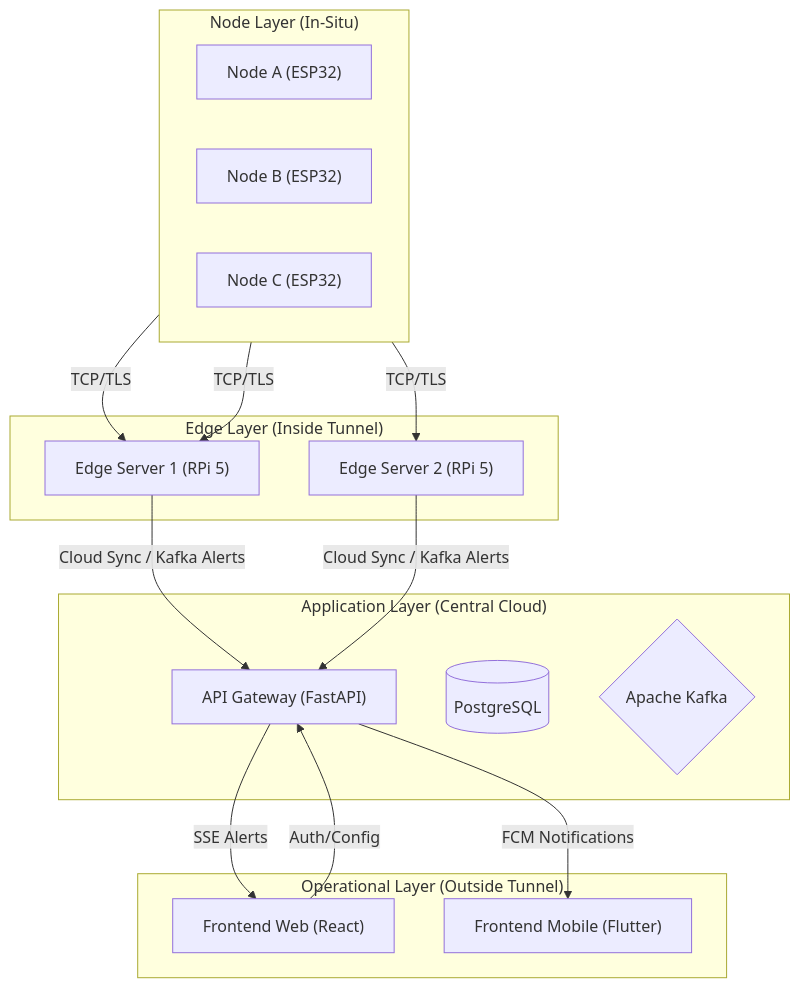
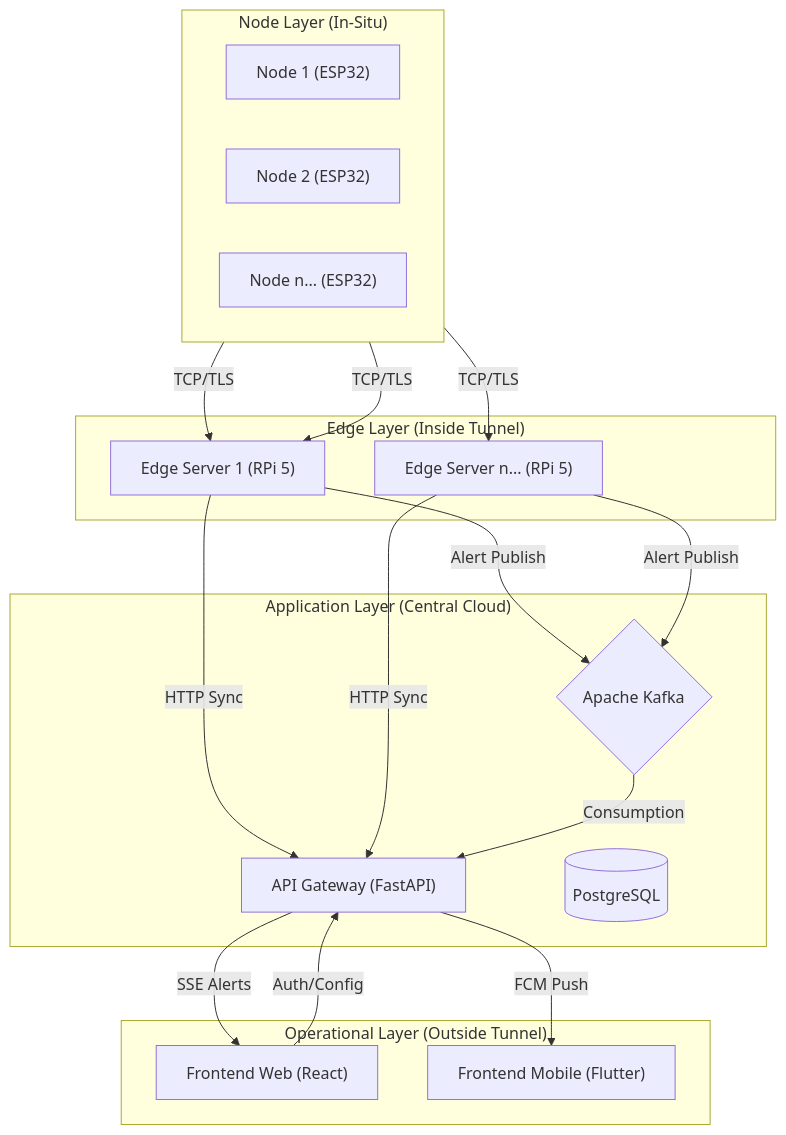
One commit to sam-harold/deepatmos-info changed the first of 5 diagrams in README.md. Above: the diagram before and after it, drawn with Mermaid. The commit also changed other lines of this file, not shown here.

````diff
--- a/README.md
+++ b/README.md
@@ -30,37 +30,42 @@
 ```mermaid
 graph TD
     subgraph "Operational Layer (Outside Tunnel)"
         Web["Frontend Web (React)"]
         Mobile["Frontend Mobile (Flutter)"]
     end
 
     subgraph "Application Layer (Central Cloud)"
         FastAPI["API Gateway (FastAPI)"]
         DB[(PostgreSQL)]
         Kafka{Apache Kafka}
     end
 
     subgraph "Edge Layer (Inside Tunnel)"
         RPi1["Edge Server 1 (RPi 5)"]
-        RPi2["Edge Server 2 (RPi 5)"]
+        RPi2["Edge Server n... (RPi 5)"]
     end
 
     subgraph "Node Layer (In-Situ)"
         direction LR
-        ESP1["Node A (ESP32)"]
-        ESP2["Node B (ESP32)"]
-        ESP3["Node C (ESP32)"]
+        ESP1["Node 1 (ESP32)"]
+        ESP2["Node 2 (ESP32)"]
+        ESP3["Node n... (ESP32)"]
     end
 
     %% Communication Flows
     ESP1 -- "TCP/TLS" --> RPi1
     ESP2 -- "TCP/TLS" --> RPi1
     ESP3 -- "TCP/TLS" --> RPi2
 
-    RPi1 -- "Cloud Sync / Kafka Alerts" --> FastAPI
-    RPi2 -- "Cloud Sync / Kafka Alerts" --> FastAPI
-    
+    RPi1 -- "HTTP Sync" --> FastAPI
+    RPi2 -- "HTTP Sync" --> FastAPI
+
+    RPi1 -- "Alert Publish" --> Kafka
+    RPi2 -- "Alert Publish" --> Kafka
+
+    Kafka -- "Consumption" --> FastAPI
+
     FastAPI -- "SSE Alerts" --> Web
-    FastAPI -- "FCM Notifications" --> Mobile
+    FastAPI -- "FCM Push" --> Mobile
     Web -- "Auth/Config" --> FastAPI
 ```
````
